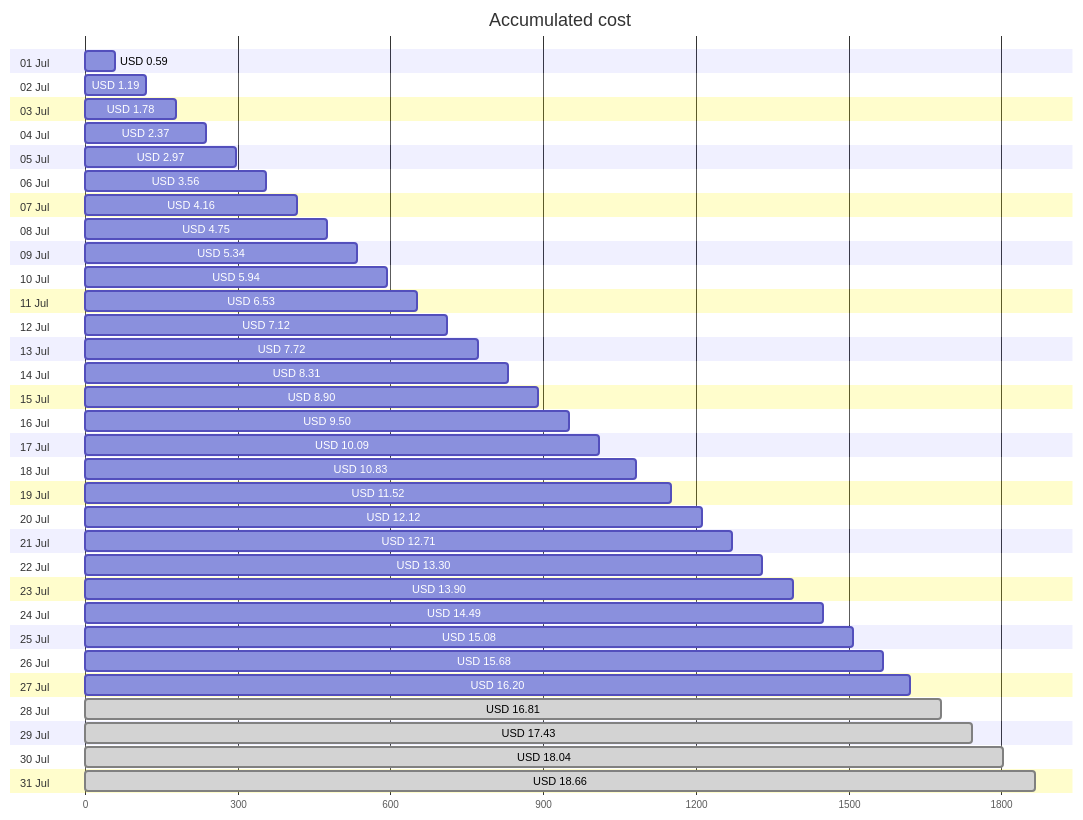
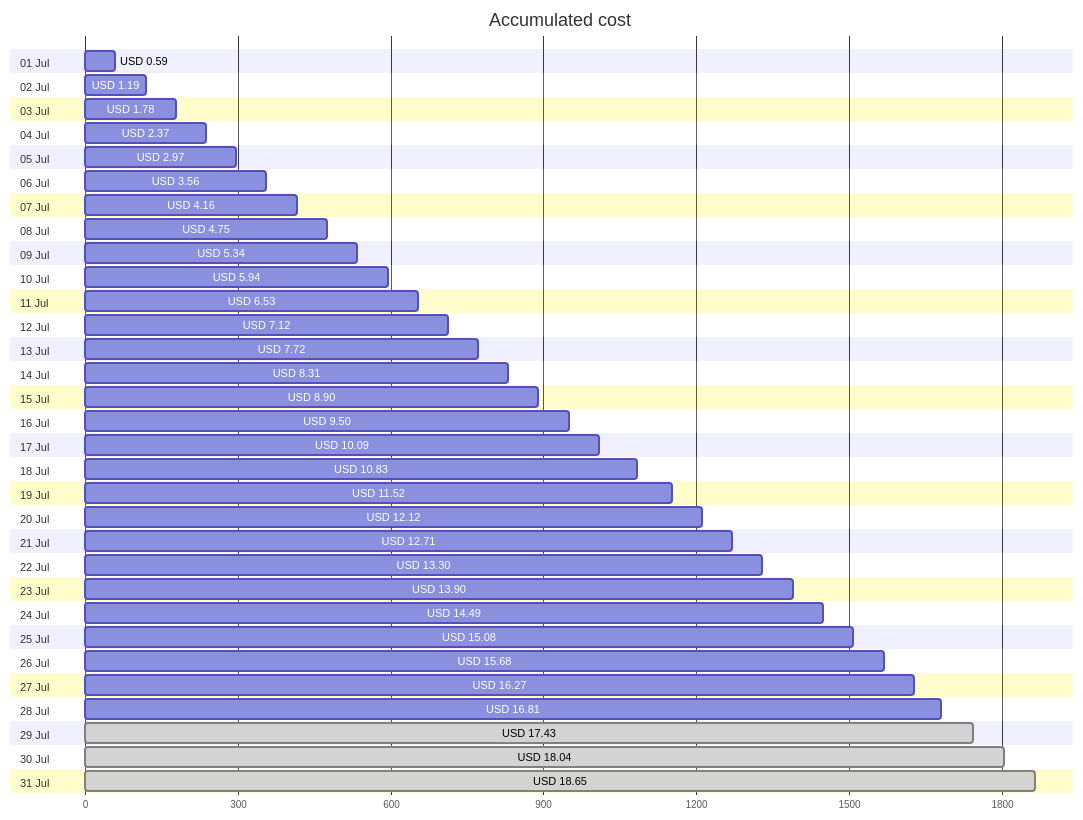
Before and after one commit to jpfulton/azure-personal-reports: the first of 4 diagrams in cost-reports/personal-site/README.md, drawn with Mermaid. The commit also changed other lines of this file and 6 other files, not shown here.

````diff
--- a/cost-reports/personal-site/README.md
+++ b/cost-reports/personal-site/README.md
@@ -20,68 +20,68 @@
 ```mermaid
 gantt
    title Accumulated cost
    dateFormat  X
    axisFormat %s
    section 01 Jul
    USD 0.59 :0, 59
    section 02 Jul
    USD 1.19 :0, 119
    section 03 Jul
    USD 1.78 :0, 178
    section 04 Jul
    USD 2.37 :0, 237
    section 05 Jul
    USD 2.97 :0, 297
    section 06 Jul
    USD 3.56 :0, 356
    section 07 Jul
    USD 4.16 :0, 416
    section 08 Jul
    USD 4.75 :0, 475
    section 09 Jul
    USD 5.34 :0, 534
    section 10 Jul
    USD 5.94 :0, 594
    section 11 Jul
    USD 6.53 :0, 653
    section 12 Jul
    USD 7.12 :0, 712
    section 13 Jul
    USD 7.72 :0, 772
    section 14 Jul
    USD 8.31 :0, 831
    section 15 Jul
    USD 8.90 :0, 890
    section 16 Jul
    USD 9.50 :0, 950
    section 17 Jul
    USD 10.09 :0, 1009
    section 18 Jul
    USD 10.83 :0, 1083
    section 19 Jul
    USD 11.52 :0, 1152
    section 20 Jul
    USD 12.12 :0, 1212
    section 21 Jul
    USD 12.71 :0, 1271
    section 22 Jul
    USD 13.30 :0, 1330
    section 23 Jul
    USD 13.90 :0, 1390
    section 24 Jul
    USD 14.49 :0, 1449
    section 25 Jul
    USD 15.08 :0, 1508
    section 26 Jul
    USD 15.68 :0, 1568
    section 27 Jul
-   USD 16.20 :0, 1620
+   USD 16.27 :0, 1627
    section 28 Jul
-   USD 16.81 : done, 0, 1681
+   USD 16.81 :0, 1681
    section 29 Jul
    USD 17.43 : done, 0, 1743
    section 30 Jul
    USD 18.04 : done, 0, 1804
    section 31 Jul
-   USD 18.66 : done, 0, 1866
+   USD 18.65 : done, 0, 1865
 ```
````
